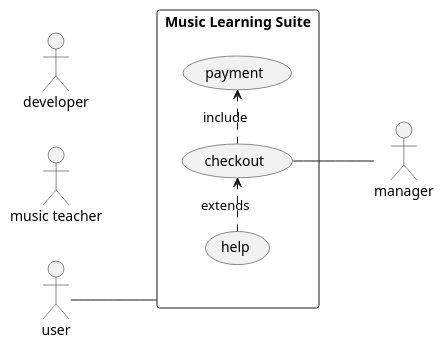
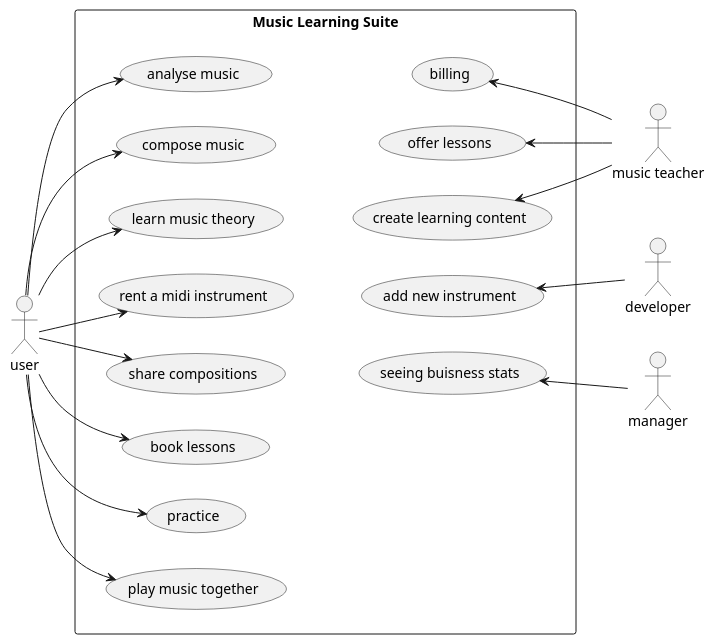
Before and after one commit to Famondir/Music-Suite: the first of 2 diagrams in README.md, drawn with PlantUML.

Commit message:
added use case diagram

````diff
--- a/README.md
+++ b/README.md
@@ -146,14 +13,30 @@
 ```plantuml
 left to right direction
 skinparam packageStyle rectangle
 actor user
-actor "music teacher"
+actor "music teacher" as teacher
 actor manager
 actor developer
-rectangle "Music Learning Suite" {
-  user -- (Music Learning Suite)
-  (checkout) .> (payment) : include
-  (help) .> (checkout) : extends
-  (checkout) -- manager
+rectangle "Music Learning Suite" as MLS {
+  together {
+    user --> (analyse music)
+    user --> (compose music)
+    user --> (learn music theory)
+    user --> (rent a midi instrument)
+    user --> (share compositions)
+    user --> (book lessons)
+    user --> (practice)
+    user --> (play music together)
+  }
+
+  together {
+    (billing) <-- teacher
+    (offer lessons) <-- teacher
+    (create learning content) <-- teacher
+    (add new instrument) <-- developer
+    (seeing buisness stats) <-- manager
+  }
+
+  (analyse music) -[hidden]- (billing)
 }
 ```
````
